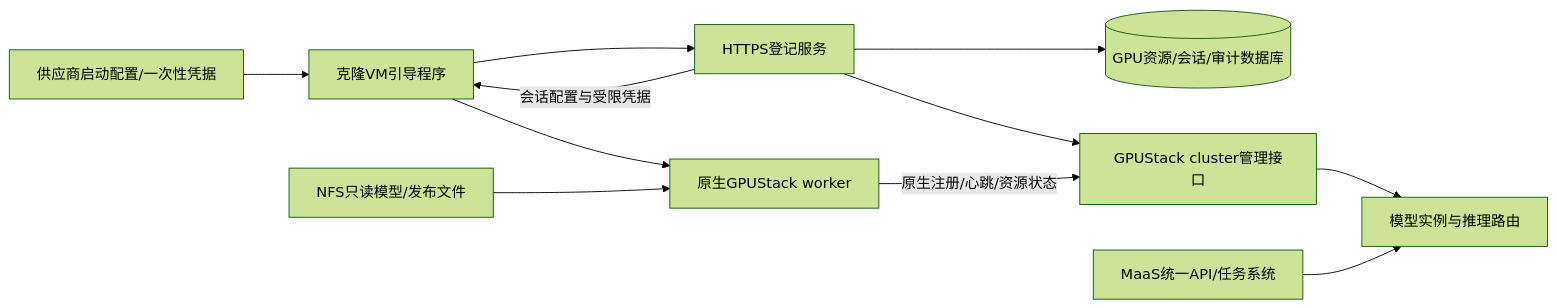
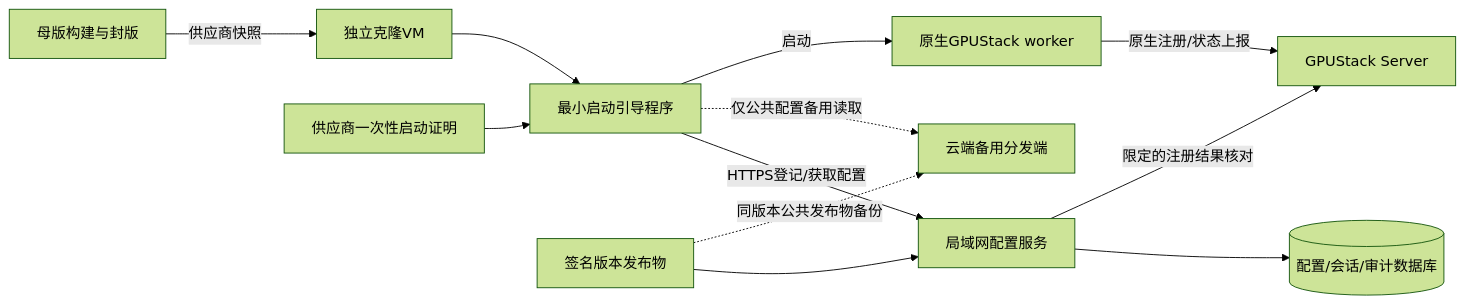
One commit to WTaoGitHub/cybercafe-maas changed the diagram in docs/framework/E5-DESIGN.md. Above: the diagram before and after it, drawn with Mermaid (forest theme). The commit also changed other lines of this file and 6 other files, not shown here.

````diff
--- a/docs/framework/E5-DESIGN.md
+++ b/docs/framework/E5-DESIGN.md
@@ -30,13 +29,14 @@
 ```mermaid
 flowchart LR
-  V[供应商启动配置/一次性凭据] --> B[克隆VM引导程序]
-  B --> E[HTTPS登记服务]
-  E --> D[(GPU资源/会话/审计数据库)]
-  E --> C[GPUStack cluster管理接口]
-  E -->|会话配置与受限凭据| B
-  B --> W[原生GPUStack worker]
-  W -->|原生注册/心跳/资源状态| C
-  C --> M[模型实例与推理路由]
-  N[NFS只读模型/发布文件] --> W
-  U[MaaS统一API/任务系统] --> M
+  T[母版构建与封版] -->|供应商快照| V[独立克隆VM]
+  P[供应商一次性启动证明] --> B[最小启动引导程序]
+  V --> B
+  B -->|HTTPS登记/获取配置| C[局域网配置服务]
+  C --> D[(配置/会话/审计数据库)]
+  R[签名版本发布物] --> C
+  R -.同版本公共发布物备份.-> F[云端备用分发端]
+  B -.仅公共配置备用读取.-> F
+  B -->|启动| W[原生GPUStack worker]
+  W -->|原生注册/状态上报| G[GPUStack Server]
+  C -->|限定的注册结果核对| G
 ```
````
